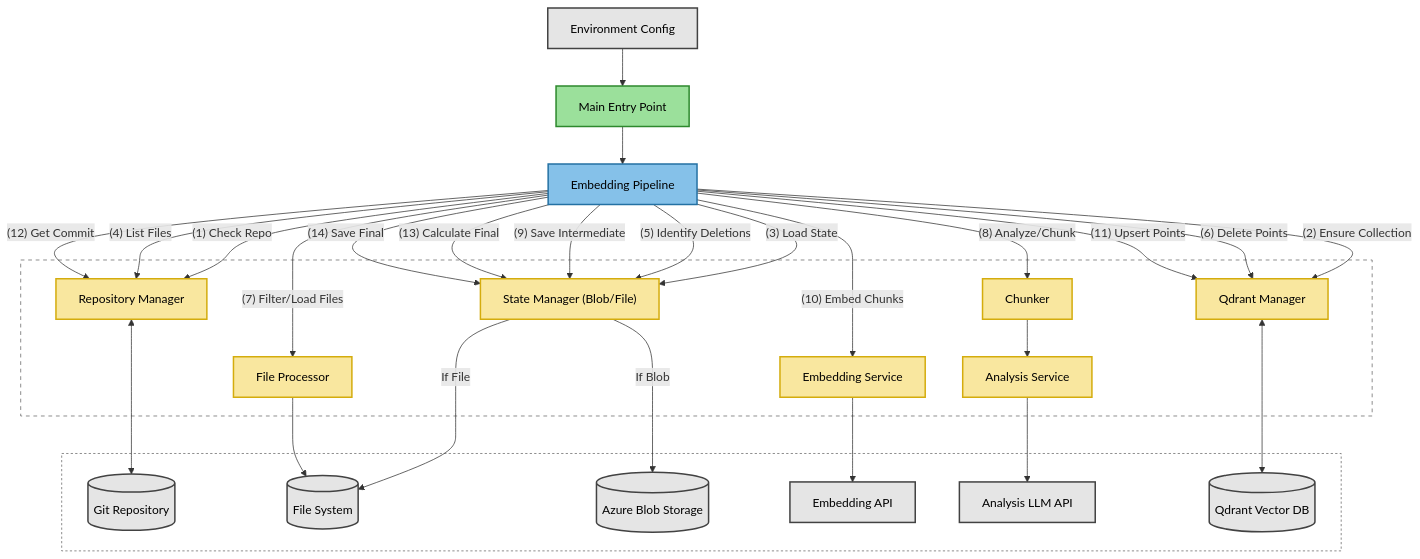
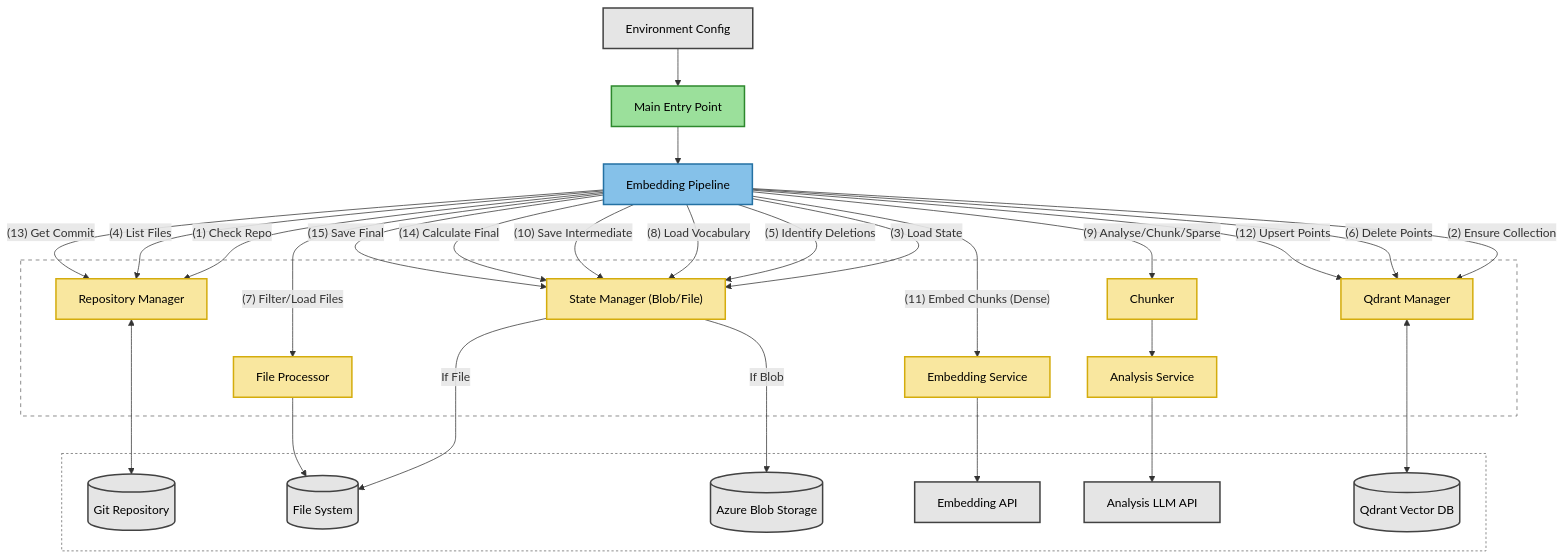
One commit to mark-hingston/embedder changed the diagram in README.md. Above: the diagram before and after it, drawn with Mermaid. The commit also changed other lines of this file and 30 other files, not shown here.

````diff
--- a/README.md
+++ b/README.md
@@ -40,68 +42,69 @@
 ```mermaid
 flowchart TB
     %% Define Styles with higher contrast and simpler look
     classDef init fill:#9BE09B,stroke:#2D882D,stroke-width:2px,color:#000,rounded:true;
     classDef orchestrator fill:#85C1E9,stroke:#2471A3,stroke-width:2px,color:#000,rounded:true;
     classDef component fill:#F9E79F,stroke:#D4AC0D,stroke-width:2px,color:#000,rounded:true;
     classDef external fill:#E5E5E5,stroke:#424242,stroke-width:2px,color:#000,rounded:true;
     classDef data fill:#F8C471,stroke:#CA6F1E,stroke-width:2px,color:#000,rounded:true;
 
     %% Main Entry Point
     main["Main Entry Point"]:::init
     env["Environment Config"]:::external
     
     %% Core Pipeline
     pipeline["Embedding Pipeline"]:::orchestrator
     
     %% Components Group - improved text contrast
     subgraph Components["<b>Core Components</b>"]
         repoMgr["Repository Manager"]:::component
         stateMgr["State Manager (Blob/File)"]:::component
         fileProc["File Processor"]:::component
         chunker["Chunker"]:::component
         analysisSvc["Analysis Service"]:::component
         embedSvc["Embedding Service"]:::component
         qdrantMgr["Qdrant Manager"]:::component
     end
     style Components fill:none,stroke-dasharray:5 5,stroke:#666,color:white
     
     %% External Systems Group - improved text contrast
     subgraph External["<b>External Systems & Data</b>"]
         gitRepo[(Git Repository)]:::external
         fs[(File System)]:::external
         azureBlob[(Azure Blob Storage)]:::external
         embedApi["Embedding API"]:::external
         llmApi["Analysis LLM API"]:::external
         qdrantDb[(Qdrant Vector DB)]:::external
     end
     style External fill:none,stroke-dasharray:3 3,stroke:#666,color:white
     
     %% Core Flow - centrally balanced
     env --> main --> pipeline
     
     %% Component to External connections
     repoMgr <--> gitRepo
     stateMgr -- "If Blob" --> azureBlob
     stateMgr -- "If File" --> fs
     fileProc --> fs
     chunker --> analysisSvc
     analysisSvc --> llmApi
     embedSvc --> embedApi
     qdrantMgr <--> qdrantDb
     
     %% Pipeline process flow with simplified step labels - removed any disconnected arrows
     pipeline --> |"(1) Check Repo"|repoMgr
     pipeline --> |"(2) Ensure Collection"|qdrantMgr
     pipeline --> |"(3) Load State"|stateMgr
     pipeline --> |"(4) List Files"|repoMgr
     pipeline --> |"(5) Identify Deletions"|stateMgr
     pipeline --> |"(6) Delete Points"|qdrantMgr
     pipeline --> |"(7) Filter/Load Files"|fileProc
-    pipeline --> |"(8) Analyze/Chunk"|chunker
-    pipeline --> |"(9) Save Intermediate"|stateMgr
-    pipeline --> |"(10) Embed Chunks"|embedSvc
-    pipeline --> |"(11) Upsert Points"|qdrantMgr
-    pipeline --> |"(12) Get Commit"|repoMgr
-    pipeline --> |"(13) Calculate Final"|stateMgr
-    pipeline --> |"(14) Save Final"|stateMgr
+    pipeline --> |"(8) Load Vocabulary"|stateMgr
+    pipeline --> |"(9) Analyse/Chunk/Sparse"|chunker
+    pipeline --> |"(10) Save Intermediate"|stateMgr
+    pipeline --> |"(11) Embed Chunks (Dense)"|embedSvc
+    pipeline --> |"(12) Upsert Points"|qdrantMgr
+    pipeline --> |"(13) Get Commit"|repoMgr
+    pipeline --> |"(14) Calculate Final"|stateMgr
+    pipeline --> |"(15) Save Final"|stateMgr
 ```
````
